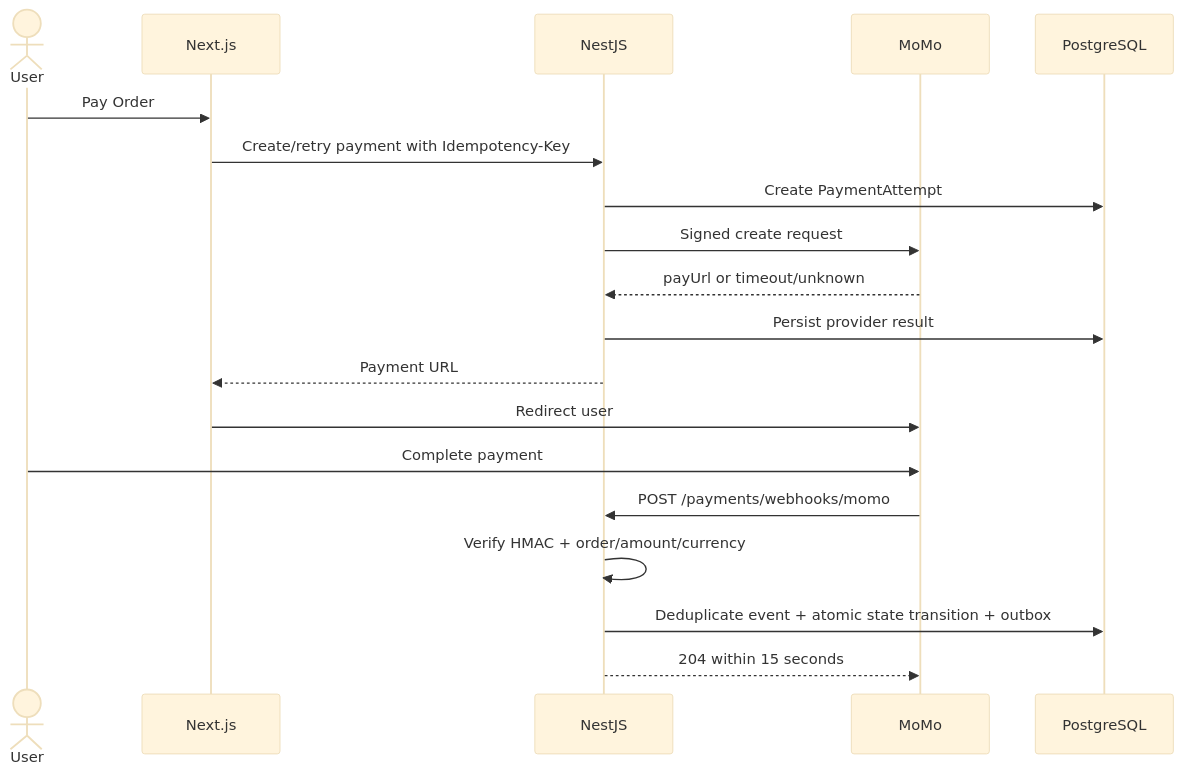
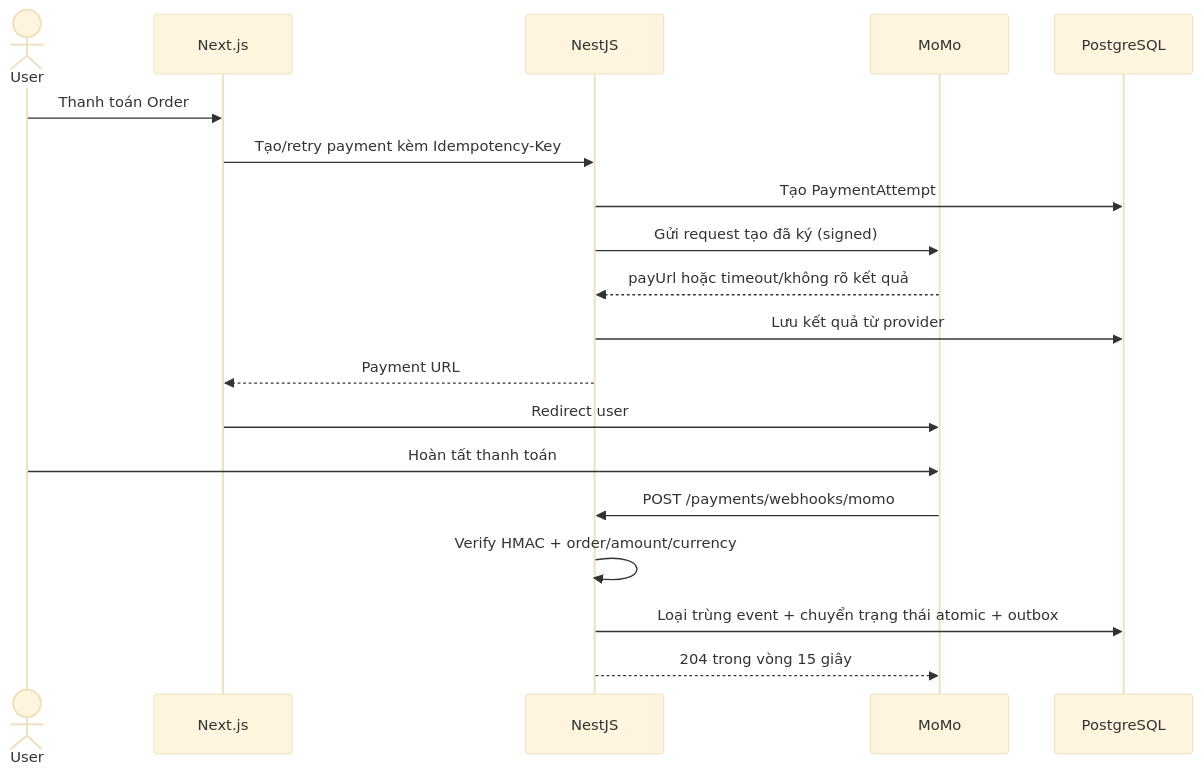
Before and after one commit to LuongCongThanh/be-demo: the ninth of 16 diagrams in doc/ecommerce-backend-architecture-system-design-2.md, drawn with Mermaid (base theme). The commit also changed other lines of this file and 9 other files, not shown here.

````diff
--- a/doc/ecommerce-backend-architecture-system-design-2.md
+++ b/doc/ecommerce-backend-architecture-system-design-2.md
@@ -969,25 +911,25 @@
 ```mermaid
 sequenceDiagram
     actor User
     participant Client as Next.js
     participant API as NestJS
     participant Payment as MoMo
     participant DB as PostgreSQL
 
-    User->>Client: Pay Order
-    Client->>API: Create/retry payment with Idempotency-Key
-    API->>DB: Create PaymentAttempt
-    API->>Payment: Signed create request
-    Payment-->>API: payUrl or timeout/unknown
-    API->>DB: Persist provider result
+    User->>Client: Thanh toán Order
+    Client->>API: Tạo/retry payment kèm Idempotency-Key
+    API->>DB: Tạo PaymentAttempt
+    API->>Payment: Gửi request tạo đã ký (signed)
+    Payment-->>API: payUrl hoặc timeout/không rõ kết quả
+    API->>DB: Lưu kết quả từ provider
     API-->>Client: Payment URL
 
     Client->>Payment: Redirect user
-    User->>Payment: Complete payment
+    User->>Payment: Hoàn tất thanh toán
 
     Payment->>API: POST /payments/webhooks/momo
     API->>API: Verify HMAC + order/amount/currency
-    API->>DB: Deduplicate event + atomic state transition + outbox
+    API->>DB: Loại trùng event + chuyển trạng thái atomic + outbox
 
-    API-->>Payment: 204 within 15 seconds
+    API-->>Payment: 204 trong vòng 15 giây
 ```
````
